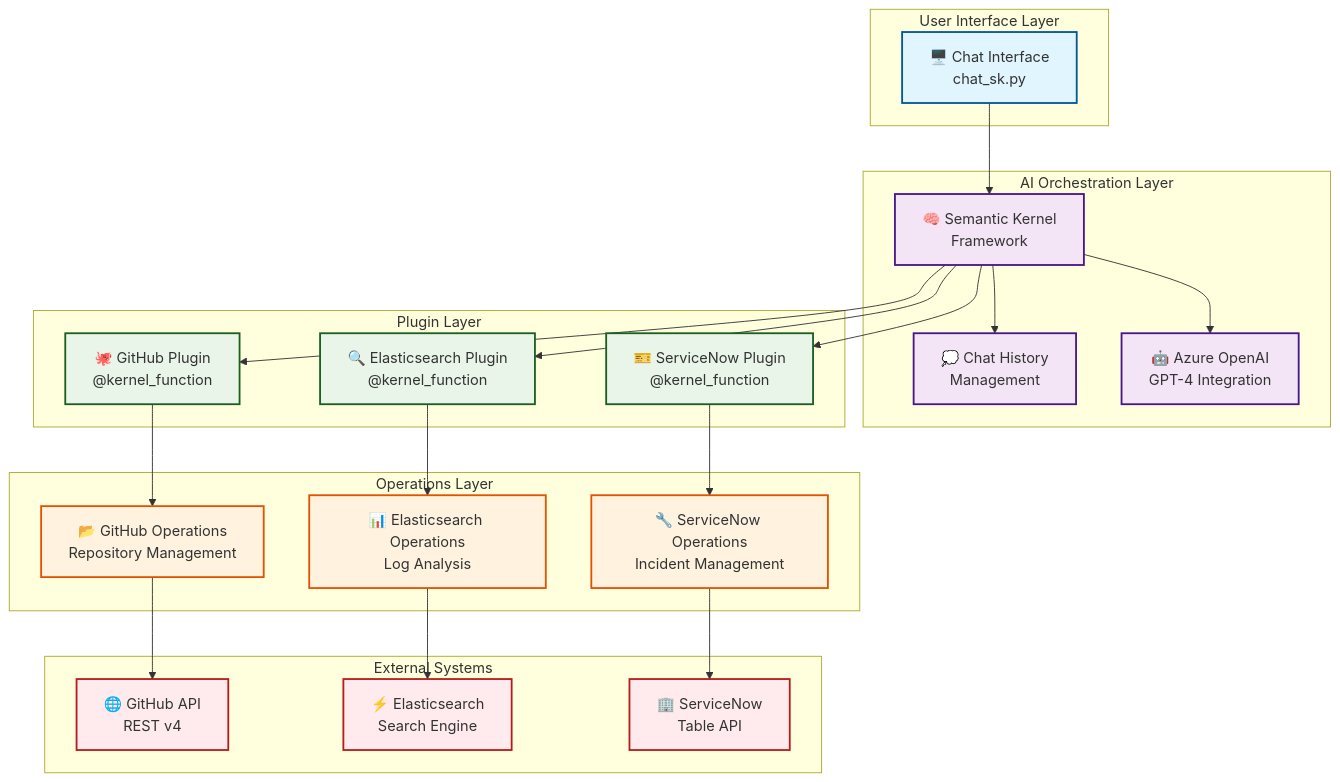
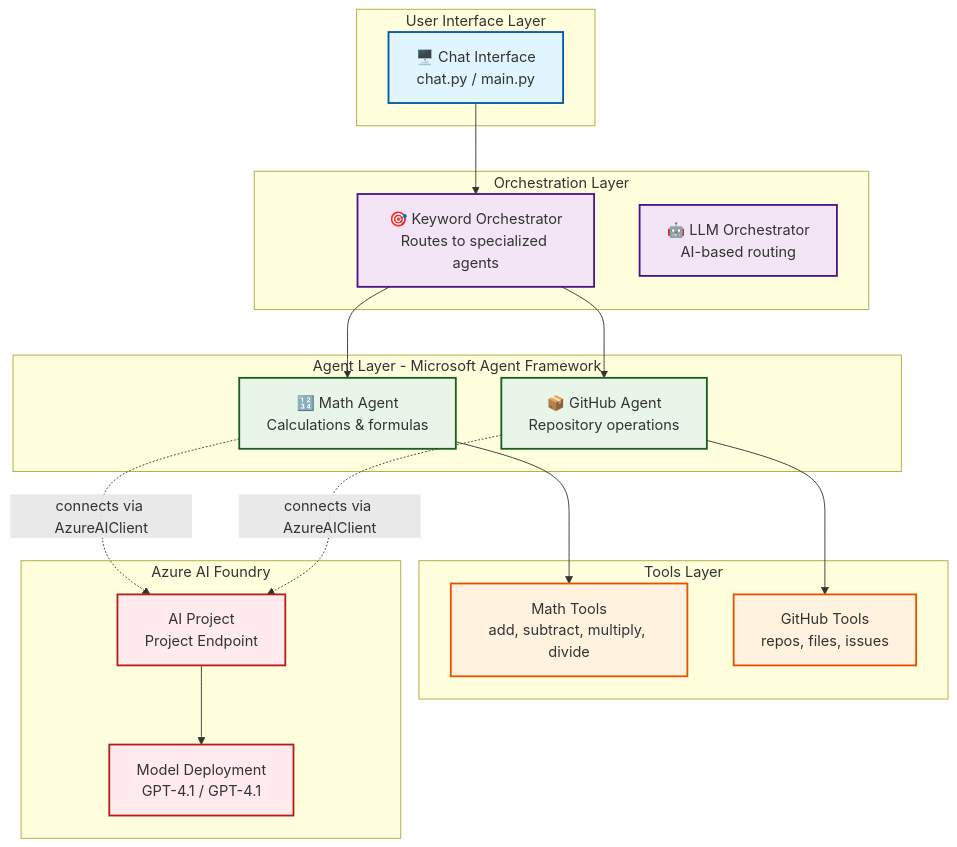
One commit to drewelewis/ai-agent-starter changed the second of 4 diagrams in README.md. Above: the diagram before and after it, drawn with Mermaid. The commit also changed other lines of this file, not shown here.

First line of the commit message:
Fix: Update README to reflect Microsoft Agent Framework architecture

````diff
--- a/README.md
+++ b/README.md
@@ -299,63 +308,47 @@
 ```mermaid
 graph TB
     subgraph "User Interface Layer"
-        UI[🖥️ Chat Interface<br/>chat_sk.py]
+        UI[🖥️ Chat Interface<br/>chat.py / main.py]
     end
     
-    subgraph "AI Orchestration Layer"
-        SK[🧠 Semantic Kernel<br/>Framework]
-        CH[💭 Chat History<br/>Management]
-        AOI[🤖 Azure OpenAI<br/>GPT-4 Integration]
+    subgraph "Orchestration Layer"
+        ORCH[🎯 Keyword Orchestrator<br/>Routes to specialized agents]
+        LLM[🤖 LLM Orchestrator<br/>AI-based routing]
     end
     
-    subgraph "Plugin Layer"
-        GP[🐙 GitHub Plugin<br/>@kernel_function]
-        EP[🔍 Elasticsearch Plugin<br/>@kernel_function]
-        SP[🎫 ServiceNow Plugin<br/>@kernel_function]
+    subgraph "Agent Layer - Microsoft Agent Framework"
+        MATH[🔢 Math Agent<br/>Calculations & formulas]
+        GH[📦 GitHub Agent<br/>Repository operations]
     end
     
-    subgraph "Operations Layer"
-        GO[📂 GitHub Operations<br/>Repository Management]
-        EO[📊 Elasticsearch Operations<br/>Log Analysis]
-        SO[🔧 ServiceNow Operations<br/>Incident Management]
+    subgraph "Tools Layer"
+        MT[Math Tools<br/>add, subtract, multiply, divide]
+        GT[GitHub Tools<br/>repos, files, issues]
     end
     
-    subgraph "External Systems"
-        GH[🌐 GitHub API<br/>REST v4]
-        ES[⚡ Elasticsearch<br/>Search Engine]
-        SN[🏢 ServiceNow<br/>Table API]
+    subgraph "Azure AI Foundry"
+        PROJ[AI Project<br/>Project Endpoint]
+        MODEL[Model Deployment<br/>GPT-4.1 / GPT-4.1]
     end
     
-    %% User Interface Flow
-    UI --> SK
-    SK --> CH
-    SK --> AOI
+    UI --> ORCH
+    ORCH --> MATH
+    ORCH --> GH
+    MATH --> MT
+    GH --> GT
+    MATH -.connects via AzureAIClient.-> PROJ
+    GH -.connects via AzureAIClient.-> PROJ
+    PROJ --> MODEL
     
-    %% Plugin Registration
-    SK --> GP
-    SK --> EP
-    SK --> SP
-    
-    %% Plugin to Operations Flow
-    GP --> GO
-    EP --> EO
-    SP --> SO
-    
-    %% Operations to External Systems
-    GO --> GH
-    EO --> ES
-    SO --> SN
-    
-    %% Data Flow Styling
     classDef userLayer fill:#e1f5fe,stroke:#01579b,stroke-width:2px
-    classDef aiLayer fill:#f3e5f5,stroke:#4a148c,stroke-width:2px
-    classDef pluginLayer fill:#e8f5e8,stroke:#1b5e20,stroke-width:2px
-    classDef opsLayer fill:#fff3e0,stroke:#e65100,stroke-width:2px
-    classDef extLayer fill:#ffebee,stroke:#b71c1c,stroke-width:2px
+    classDef orchLayer fill:#f3e5f5,stroke:#4a148c,stroke-width:2px
+    classDef agentLayer fill:#e8f5e8,stroke:#1b5e20,stroke-width:2px
+    classDef toolLayer fill:#fff3e0,stroke:#e65100,stroke-width:2px
+    classDef azureLayer fill:#ffebee,stroke:#b71c1c,stroke-width:2px
     
     class UI userLayer
-    class SK,CH,AOI aiLayer
-    class GP,EP,SP pluginLayer
-    class GO,EO,SO opsLayer
-    class GH,ES,SN extLayer
+    class ORCH,LLM orchLayer
+    class MATH,GH agentLayer
+    class MT,GT toolLayer
+    class PROJ,MODEL azureLayer
 ```
````
